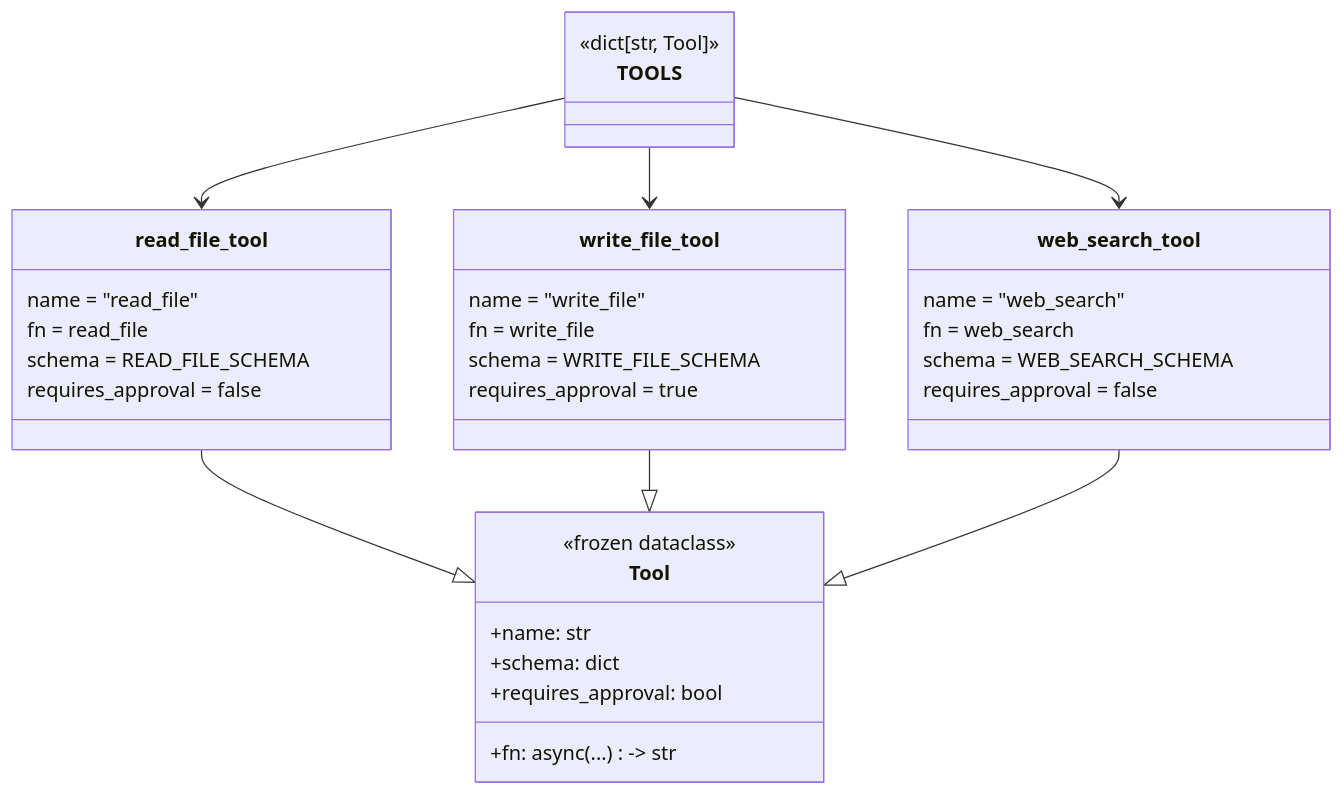
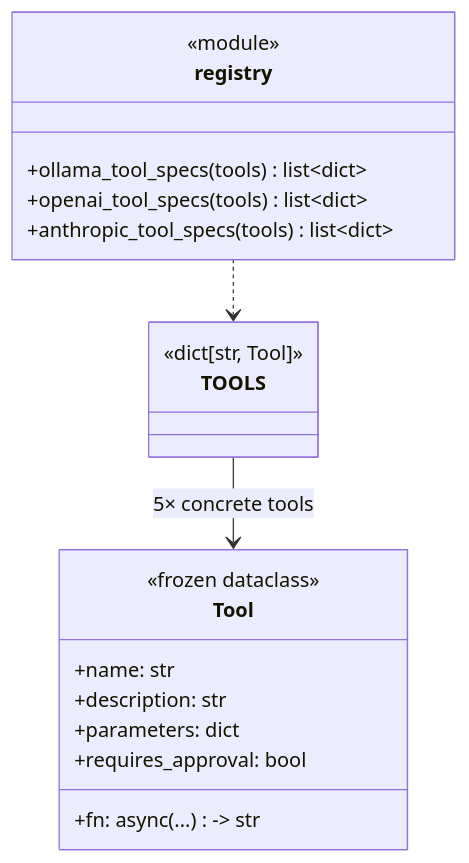
The eighth of 15 diagrams in docs/design/LLD.md (fhdbbk/personal-agent), drawn with Mermaid before and after one commit. The commit also changed other lines of this file and 29 other files, not shown here.

````diff
--- a/docs/design/LLD.md
+++ b/docs/design/LLD.md
@@ -435,40 +500,25 @@
 ```mermaid
 classDiagram
     class Tool {
         <<frozen dataclass>>
         +name: str
+        +description: str
+        +parameters: dict
         +fn: async (...) -> str
-        +schema: dict
         +requires_approval: bool
     }
 
     class TOOLS {
         <<dict[str, Tool]>>
     }
 
-    class read_file_tool {
-        name = "read_file"
-        fn = read_file
-        schema = READ_FILE_SCHEMA
-        requires_approval = false
-    }
-    class write_file_tool {
-        name = "write_file"
-        fn = write_file
-        schema = WRITE_FILE_SCHEMA
-        requires_approval = true
-    }
-    class web_search_tool {
-        name = "web_search"
-        fn = web_search
-        schema = WEB_SEARCH_SCHEMA
-        requires_approval = false
+    class registry {
+        <<module>>
+        +ollama_tool_specs(tools) list~dict~
+        +openai_tool_specs(tools) list~dict~
+        +anthropic_tool_specs(tools) list~dict~
     }
 
-    TOOLS --> read_file_tool
-    TOOLS --> write_file_tool
-    TOOLS --> web_search_tool
-    read_file_tool --|> Tool
-    write_file_tool --|> Tool
-    web_search_tool --|> Tool
+    TOOLS --> Tool : 5× concrete tools
+    registry ..> TOOLS
 ```
````
